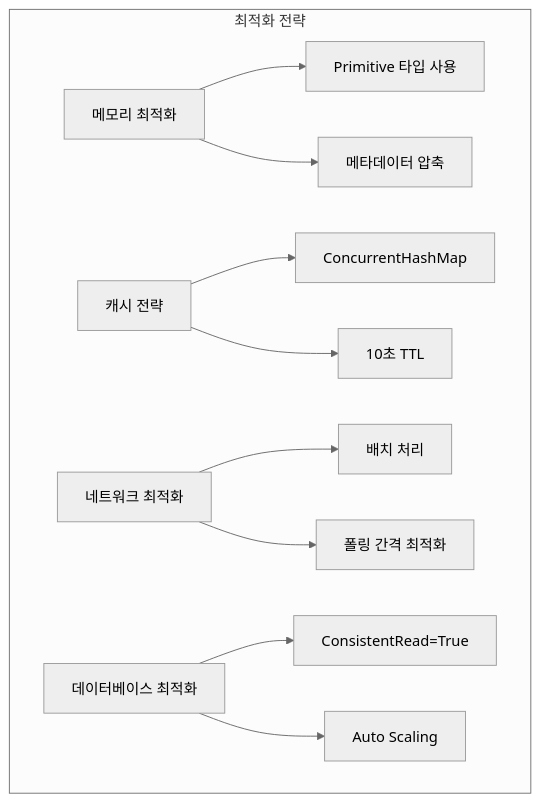
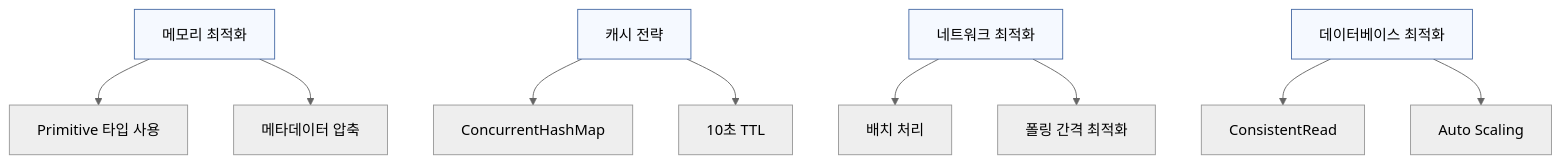
One commit to yeokyeong-yoon/yeokyeong-yoon.github.io changed the third of 7 diagrams in _posts/2025-03-15-feature-flag-system.md. Above: the diagram before and after it, drawn with Mermaid (neutral theme). The commit also changed other lines of this file, not shown here.

Commit message:
docs: fix mermaid diagram rendering issues in feature flag system doc - simplify syntax, improve styling and readability

````diff
--- a/_posts/2025-03-15-feature-flag-system.md
+++ b/_posts/2025-03-15-feature-flag-system.md
@@ -621,13 +621,21 @@
 ```mermaid
 graph TD
-    subgraph 최적화 전략
-        A[메모리 최적화] --> A1[Primitive 타입 사용]
-        A --> A2[메타데이터 압축]
-        B[캐시 전략] --> B1[ConcurrentHashMap]
-        B --> B2[10초 TTL]
-        C[네트워크 최적화] --> C1[배치 처리]
-        C --> C2[폴링 간격 최적화]
-        D[데이터베이스 최적화] --> D1[ConsistentRead=True]
-        D --> D2[Auto Scaling]
-    end
+    A[메모리 최적화]
+    B[캐시 전략]
+    C[네트워크 최적화]
+    D[데이터베이스 최적화]
+    
+    A --> A1[Primitive 타입 사용]
+    A --> A2[메타데이터 압축]
+    B --> B1[ConcurrentHashMap]
+    B --> B2[10초 TTL]
+    C --> C1[배치 처리]
+    C --> C2[폴링 간격 최적화]
+    D --> D1[ConsistentRead]
+    D --> D2[Auto Scaling]
+
+    style A fill:#f5f9ff,stroke:#4a6da7
+    style B fill:#f5f9ff,stroke:#4a6da7
+    style C fill:#f5f9ff,stroke:#4a6da7
+    style D fill:#f5f9ff,stroke:#4a6da7
 ```
````
